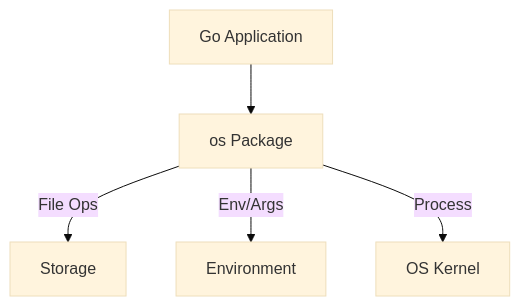
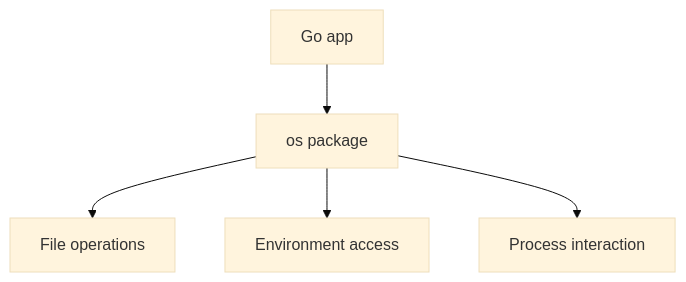
The diagram in RAK-05-standard-library/SR-02-io-filesystem/BK-02-file-management/CH-01_OS/README.md (syahputrawork98-sketch/Golang-Knowledge-Base), drawn with Mermaid (base theme) before and after one commit. The commit also changed other lines of this file and 44 other files, not shown here.

````diff
--- a/RAK-05-standard-library/SR-02-io-filesystem/BK-02-file-management/CH-01_OS/README.md
+++ b/RAK-05-standard-library/SR-02-io-filesystem/BK-02-file-management/CH-01_OS/README.md
@@ -23,7 +33,7 @@
 ```mermaid
 graph TD
-    App[Go Application] --> OS_Pkg[os Package]
-    OS_Pkg -->|File Ops| Disk[Storage]
-    OS_Pkg -->|Env/Args| Shell[Environment]
-    OS_Pkg -->|Process| Kernel[OS Kernel]
+    App[Go app] --> OSPkg[os package]
+    OSPkg --> FileOps[File operations]
+    OSPkg --> EnvOps[Environment access]
+    OSPkg --> ProcOps[Process interaction]
 ```
````
